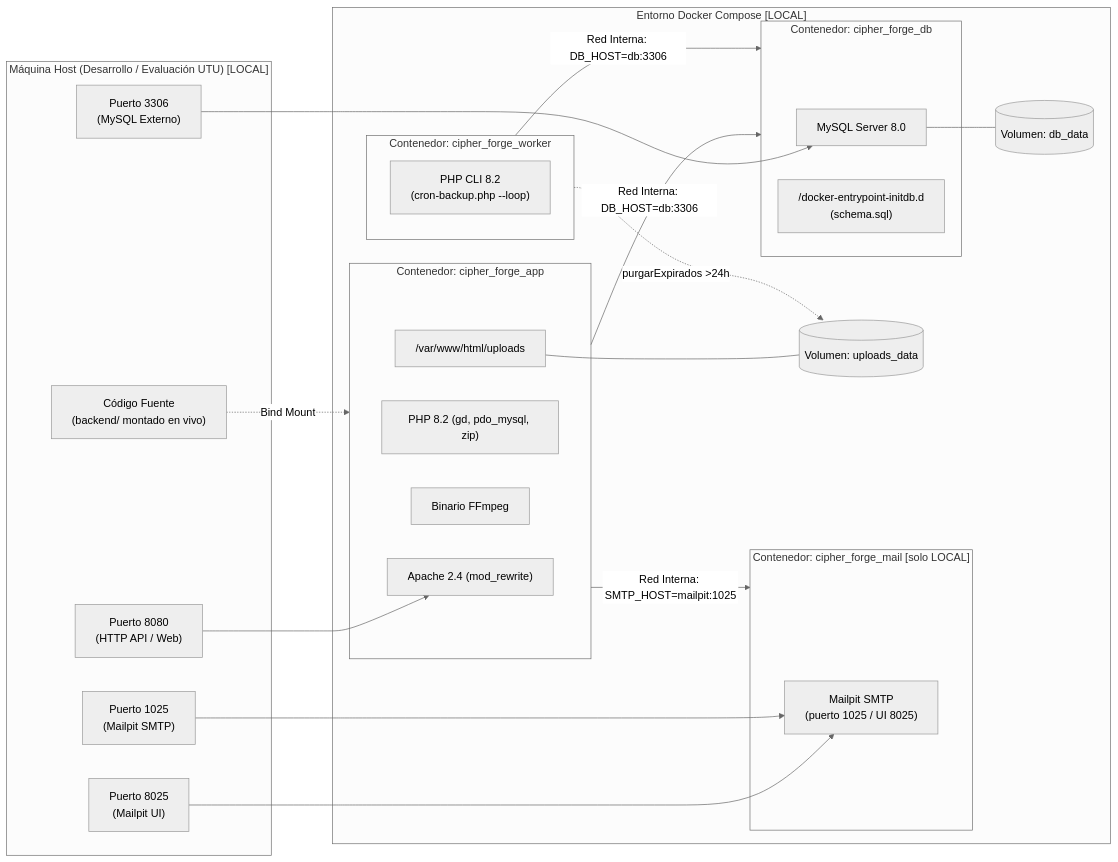
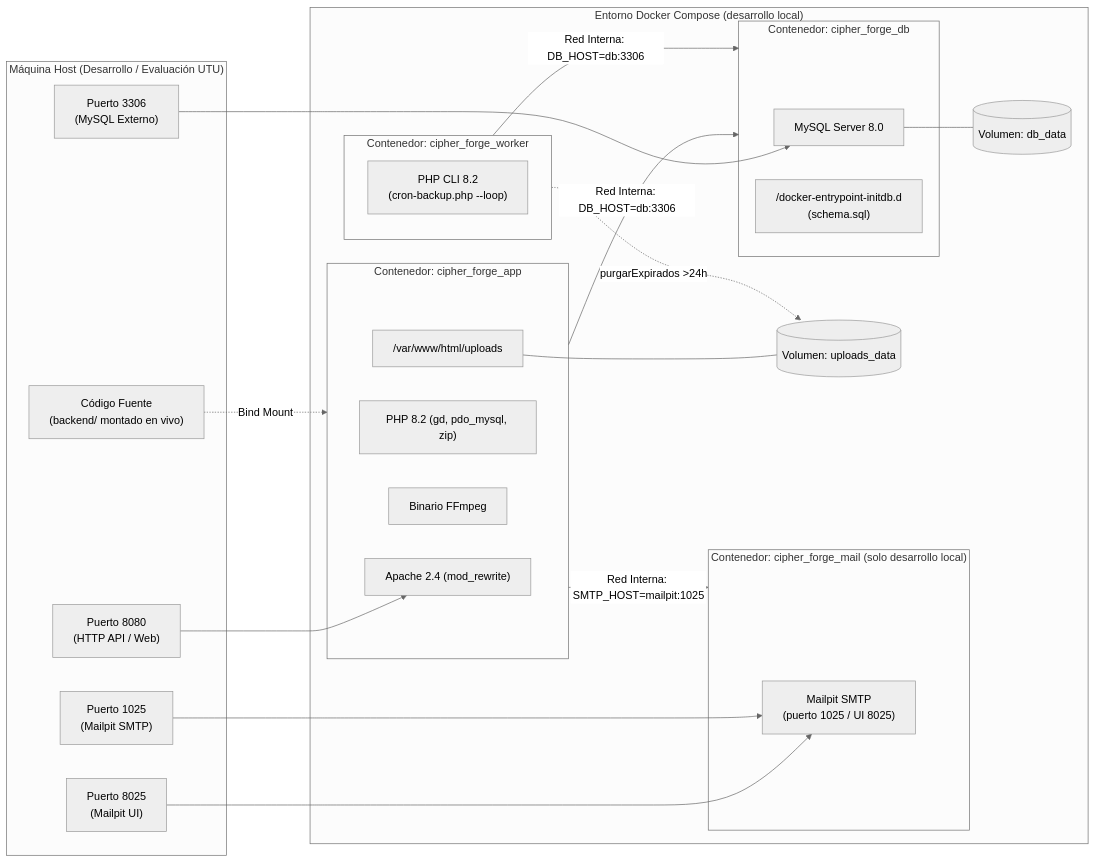
One commit to NicolasNegretto7/Cipher_Forge changed the first of 2 diagrams in Gestion-fotografias/docs/infraestructura.md. Above: the diagram before and after it, drawn with Mermaid (neutral theme). The commit also changed other lines of this file and 11 other files, not shown here.

````diff
--- a/Gestion-fotografias/docs/infraestructura.md
+++ b/Gestion-fotografias/docs/infraestructura.md
@@ -19,47 +19,47 @@
 ```mermaid
 graph LR
-    subgraph Host ["Máquina Host (Desarrollo / Evaluación UTU) [LOCAL]"]
+    subgraph Host ["Máquina Host (Desarrollo / Evaluación UTU)"]
         P8080["Puerto 8080\n(HTTP API / Web)"]
         P3306["Puerto 3306\n(MySQL Externo)"]
         P8025["Puerto 8025\n(Mailpit UI)"]
         P1025["Puerto 1025\n(Mailpit SMTP)"]
         CODE["Código Fuente\n(backend/ montado en vivo)"]
     end
 
-    subgraph Docker ["Entorno Docker Compose [LOCAL]"]
+    subgraph Docker ["Entorno Docker Compose (desarrollo local)"]
         subgraph AppContainer ["Contenedor: cipher_forge_app"]
             APACHE["Apache 2.4 (mod_rewrite)"]
             PHP["PHP 8.2 (gd, pdo_mysql, zip)"]
             FFMPEG["Binario FFmpeg"]
             UPLOADS_DIR["/var/www/html/uploads"]
         end
 
         subgraph WorkerContainer ["Contenedor: cipher_forge_worker"]
             WORKER["PHP CLI 8.2\n(cron-backup.php --loop)"]
         end
 
-        subgraph MailpitContainer ["Contenedor: cipher_forge_mail [solo LOCAL]"]
+        subgraph MailpitContainer ["Contenedor: cipher_forge_mail (solo desarrollo local)"]
             MAILPIT["Mailpit SMTP\n(puerto 1025 / UI 8025)"]
         end
 
         subgraph DBContainer ["Contenedor: cipher_forge_db"]
             MYSQL["MySQL Server 8.0"]
             INIT["/docker-entrypoint-initdb.d\n(schema.sql)"]
         end
 
         V_UPLOADS[("Volumen: uploads_data")]
         V_DB[("Volumen: db_data")]
     end
 
     P8080 --> APACHE
     P3306 --> MYSQL
     P8025 --> MAILPIT
     P1025 --> MAILPIT
     CODE -.->|Bind Mount| AppContainer
     AppContainer -->|Red Interna: DB_HOST=db:3306| DBContainer
     AppContainer -->|Red Interna: SMTP_HOST=mailpit:1025| MailpitContainer
     WorkerContainer -->|Red Interna: DB_HOST=db:3306| DBContainer
     WorkerContainer -.->|purgarExpirados >24h| V_UPLOADS
     UPLOADS_DIR --- V_UPLOADS
     MYSQL --- V_DB
 ```
````
